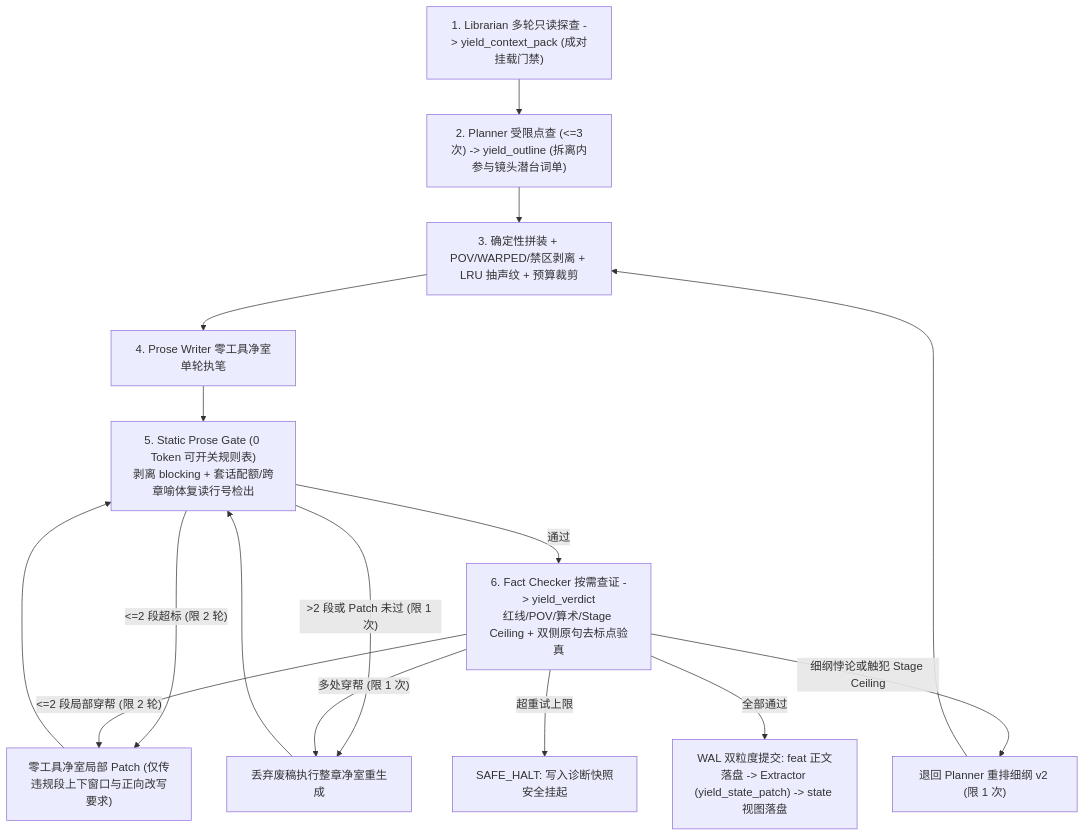
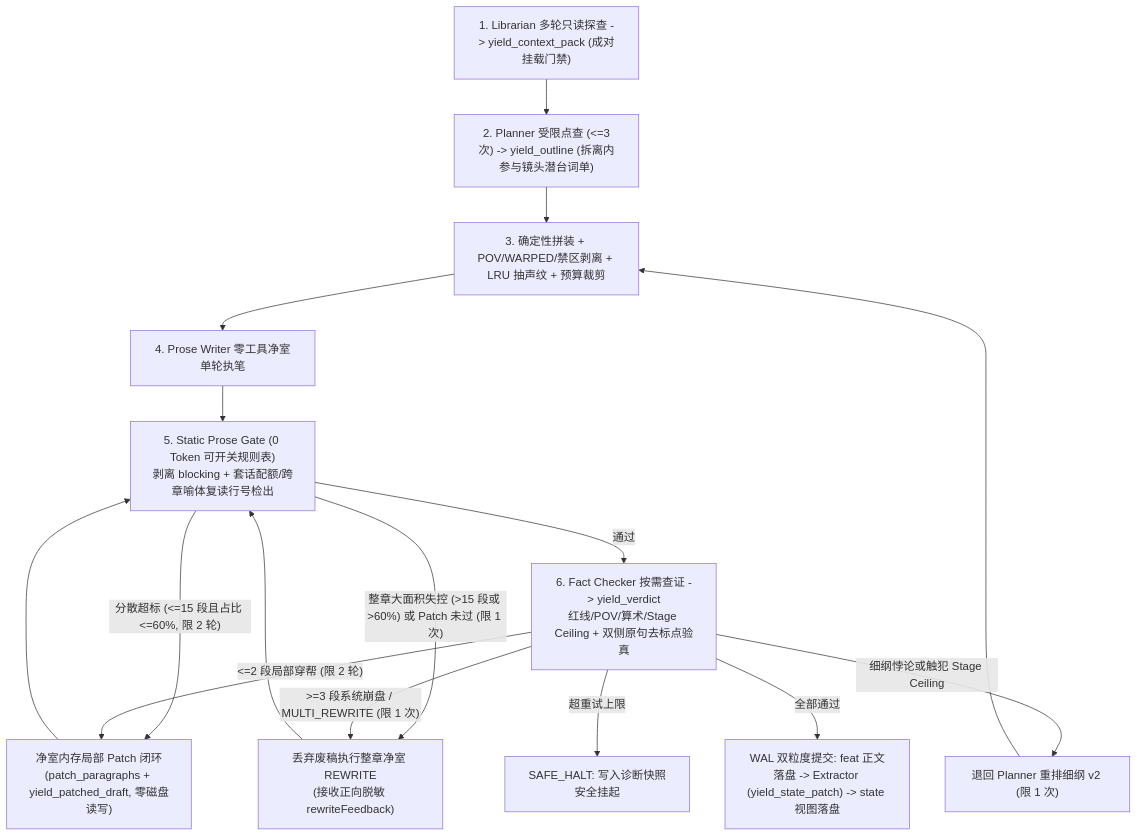
One commit to Liushenwuzhu-Alpaca/NarrateOS changed the second of 2 diagrams in docs/ARCHITECTURE.md. Above: the diagram before and after it, drawn with Mermaid. The commit also changed other lines of this file and 4 other files, not shown here.

Commit message:
docs: align architecture, writing-craft, roadmap, dev-plan, and AGENTS with memory patch loop and studio observability

````diff
--- a/docs/ARCHITECTURE.md
+++ b/docs/ARCHITECTURE.md
@@ -237,18 +239,18 @@
 ```mermaid
 flowchart TD
     L["1. Librarian 多轮只读探查 -> yield_context_pack (成对挂载门禁)"] --> P["2. Planner 受限点查 (<=3次) -> yield_outline (拆离内参与镜头潜台词单)"]
     P --> K["3. 确定性拼装 + POV/WARPED/禁区剥离 + LRU 抽声纹 + 预算裁剪"]
     K --> W["4. Prose Writer 零工具净室单轮执笔"]
     W --> G["5. Static Prose Gate (0 Token 可开关规则表)<br/>剥离 blocking + 套话配额/跨章喻体复读行号检出"]
-    G -- "<=2 段超标 (限 2 轮)" --> Patch["零工具净室局部 Patch (仅传违规段上下窗口与正向改写要求)"]
-    G -- ">2 段或 Patch 未过 (限 1 次)" --> Rewrite["丢弃废稿执行整章净室重生成"]
+    G -- "分散超标 (<=15 段且占比 <=60%, 限 2 轮)" --> Patch["净室内存局部 Patch 闭环<br/>(patch_paragraphs + yield_patched_draft, 零磁盘读写)"]
+    G -- "整章大面积失控 (>15 段或 >60%) 或 Patch 未过 (限 1 次)" --> Rewrite["丢弃废稿执行整章净室 REWRITE<br/>(接收正向脱敏 rewriteFeedback)"]
     G -- "通过" --> C["6. Fact Checker 按需查证 -> yield_verdict<br/>红线/POV/算术/Stage Ceiling + 双侧原句去标点验真"]
     C -- "<=2 段局部穿帮 (限 2 轮)" --> Patch
     Patch --> G
-    C -- "多处穿帮 (限 1 次)" --> Rewrite
+    C -- ">=3 段系统崩盘 / MULTI_REWRITE (限 1 次)" --> Rewrite
     Rewrite --> G
     C -- "细纲悖论或触犯 Stage Ceiling" --> Replan["退回 Planner 重排细纲 v2 (限 1 次)"]
     Replan --> K
     C -- "超重试上限" --> Halt["SAFE_HALT: 写入诊断快照安全挂起"]
     C -- "全部通过" --> Commit["WAL 双粒度提交: feat 正文落盘 -> Extractor (yield_state_patch) -> state 视图落盘"]
 ```
````
